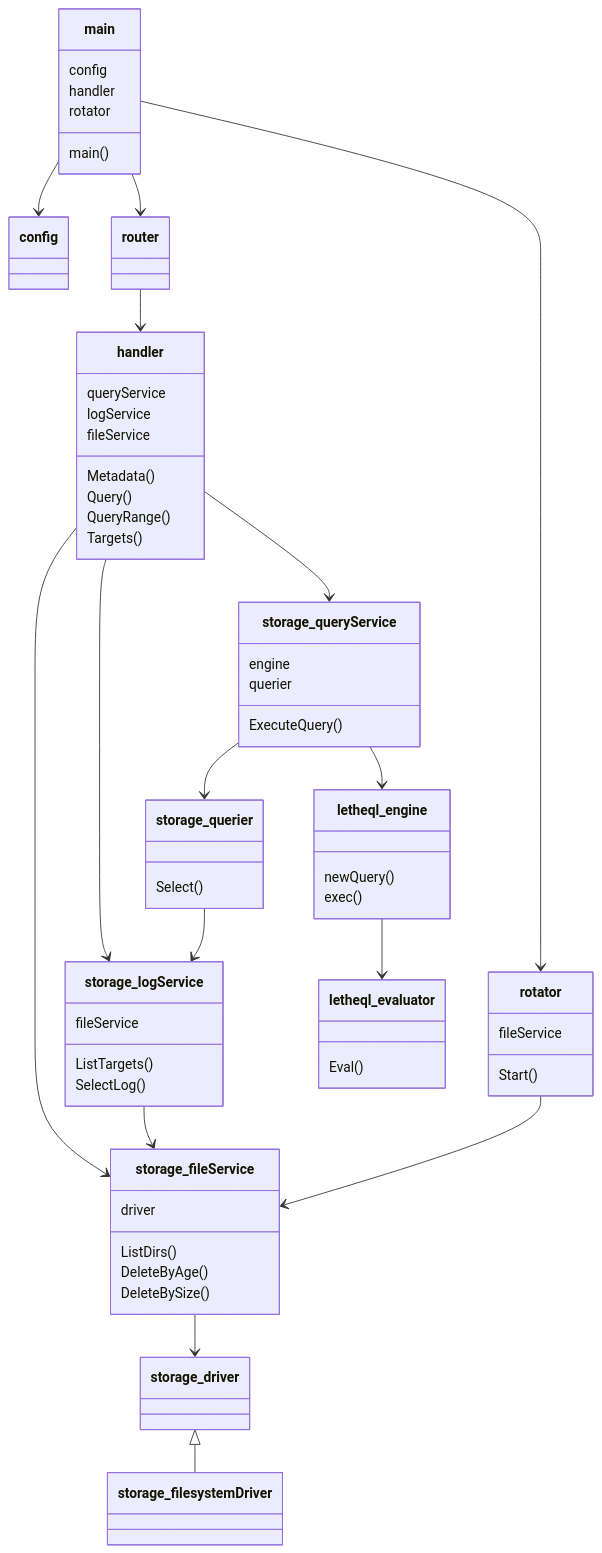
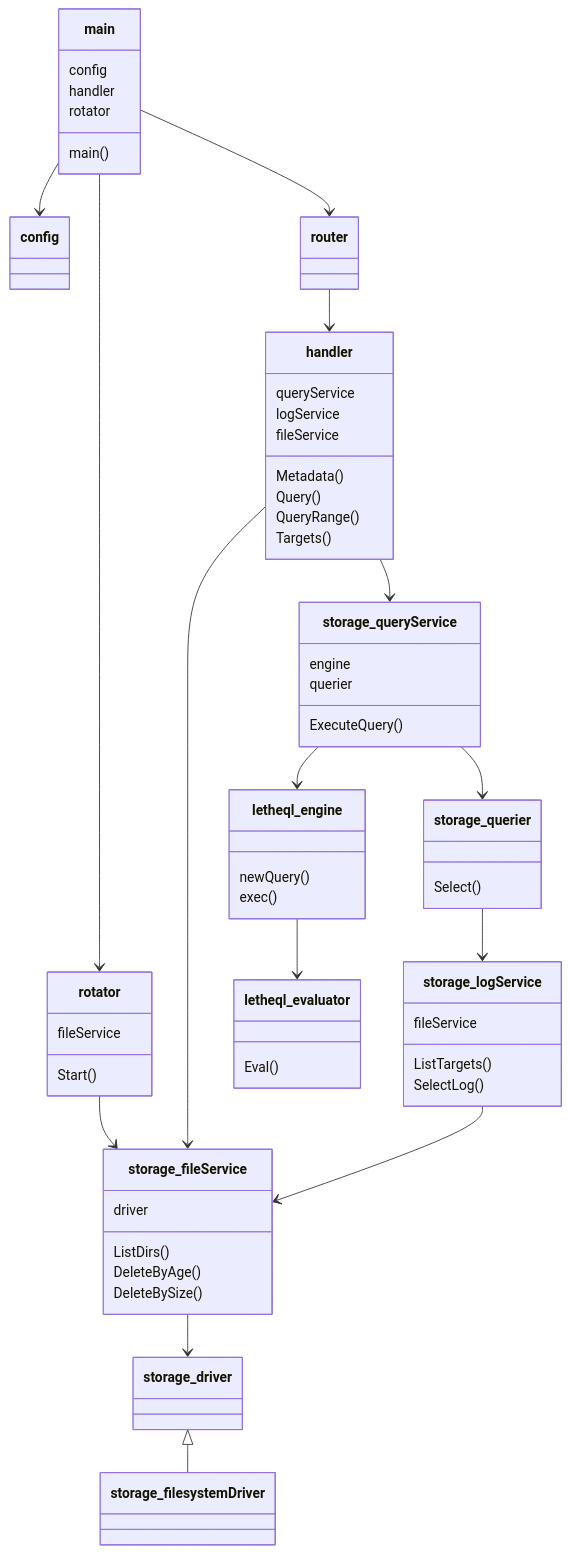
Before and after one commit to kuoss/lethe: the diagram in docs/diagram.md, drawn with Mermaid.

````diff
--- a/docs/diagram.md
+++ b/docs/diagram.md
@@ -1,81 +1,80 @@
 ```mermaid
 classDiagram
 
 main --> config
 main --> router
 main --> rotator
 
 router --> handler
 
 rotator --> storage_fileService
 
 handler --> storage_fileService
-handler --> storage_logService
 handler --> storage_queryService
 
 storage_querier --> storage_logService
 
 storage_queryService --> storage_querier
 storage_queryService --> letheql_engine
 storage_logService --> storage_fileService
 storage_fileService --> storage_driver
 
 letheql_engine --> letheql_evaluator
 
 storage_driver <|-- storage_filesystemDriver
 
 class main {
     config
     handler
     rotator
     main()
 }
 
 class rotator {
     fileService
     Start()
 }
 
 class handler {
     queryService
     logService
     fileService
     Metadata()
     Query()
     QueryRange()
     Targets()
 }
 
 class storage_querier {
     Select()
 }
 
 class storage_queryService {
     engine
     querier
     ExecuteQuery()
 }
 
 class storage_logService {
     fileService
     ListTargets()
     SelectLog()
 }
 
 class storage_fileService {
     driver
     ListDirs()
     DeleteByAge()
     DeleteBySize()
 }
 
 
 class letheql_engine {
     newQuery()
     exec()
 }
 
 class letheql_evaluator {
     Eval()
 }
 ```
````
